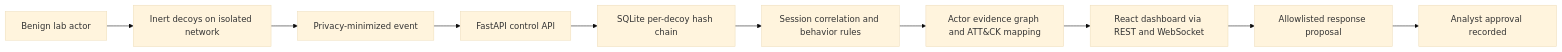
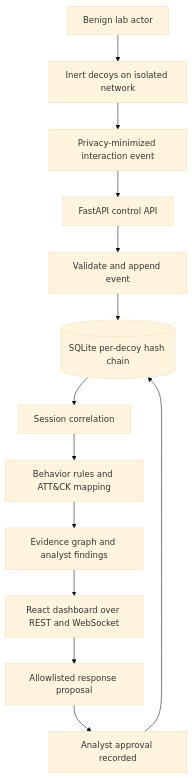
One commit to nihalmachhi/GhostNet changed the diagram in README.md. Above: the diagram before and after it, drawn with Mermaid (base theme).

Commit message:
docs: expand README architecture diagram

````diff
--- a/README.md
+++ b/README.md
@@ -47,12 +47,15 @@
 ```mermaid
-flowchart LR
+flowchart TD
   A[Benign lab actor] --> B[Inert decoys on isolated network]
-  B --> C[Privacy-minimized event]
+  B --> C[Privacy-minimized interaction event]
   C --> D[FastAPI control API]
-  D --> E[SQLite per-decoy hash chain]
-  E --> F[Session correlation and behavior rules]
-  F --> G[Actor evidence graph and ATT&CK mapping]
-  G --> H[React dashboard via REST and WebSocket]
-  H --> I[Allowlisted response proposal]
-  I --> J[Analyst approval recorded]
+  D --> E[Validate and append event]
+  E --> F[(SQLite per-decoy hash chain)]
+  F --> G[Session correlation]
+  G --> H[Behavior rules and ATT&CK mapping]
+  H --> I[Evidence graph and analyst findings]
+  I --> J[React dashboard over REST and WebSocket]
+  J --> K[Allowlisted response proposal]
+  K --> L[Analyst approval recorded]
+  L --> F
 ```
````
